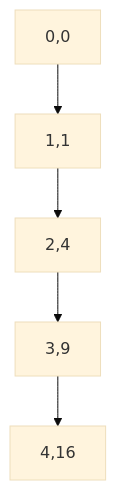
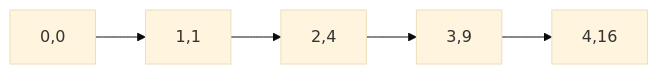
The first of 2 diagrams in docs/studies/math/3-calculus-introduction.md (nekomemepi/markor-modules), drawn with Mermaid (base theme) before and after one commit. The commit also changed other lines of this file, not shown here.

````diff
--- a/docs/studies/math/3-calculus-introduction.md
+++ b/docs/studies/math/3-calculus-introduction.md
@@ -61,7 +61,7 @@
 ```mermaid
-graph TD;
+graph LR;
     A[0,0] --> B[1,1]
     B --> C[2,4]
     C --> D[3,9]
     D --> E[4,16]
 ```
````
